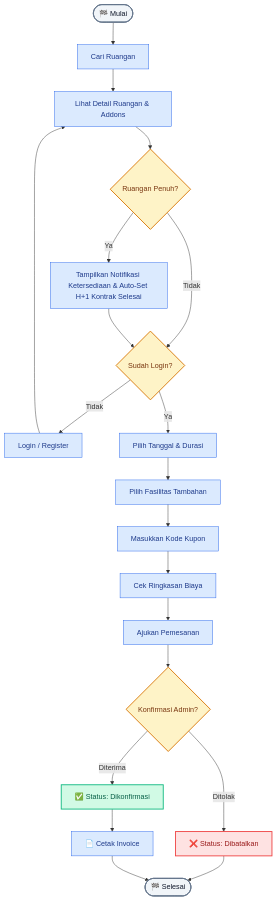
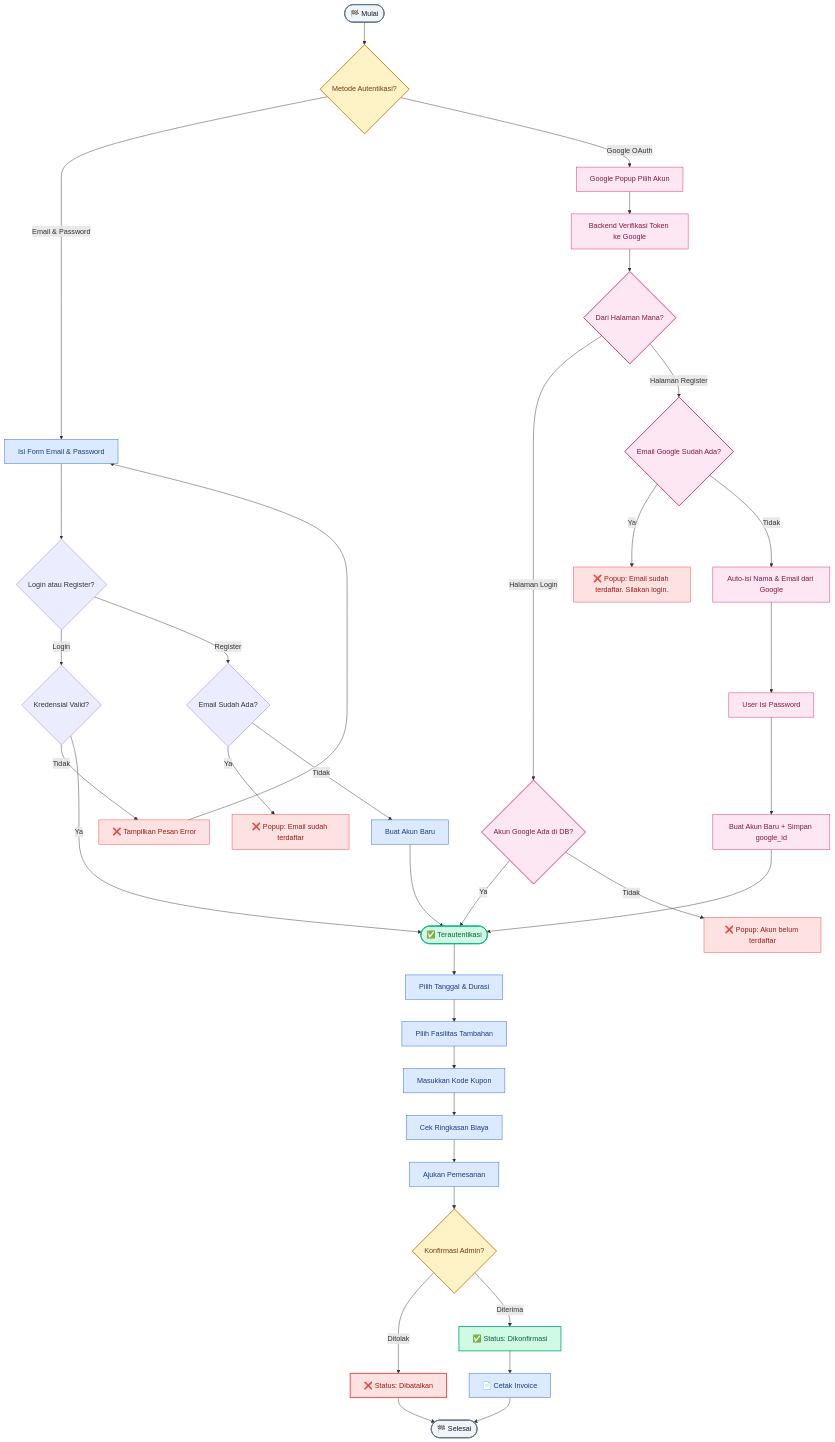
One commit to Fdlnahmd/w46space changed the second of 5 diagrams in docs/diagram_arsitektur.md. Above: the diagram before and after it, drawn with Mermaid. The commit also changed other lines of this file and 17 other files, not shown here.

Commit message:
feat: integrate Google OAuth for login and register with database migration and docker build args

````diff
--- a/docs/diagram_arsitektur.md
+++ b/docs/diagram_arsitektur.md
@@ -88,40 +95,68 @@
 ```mermaid
 graph TD
-    Start([🏁 Mulai]) --> Search[Cari Ruangan]
-    Search --> Detail[Lihat Detail Ruangan & Addons]
-    Detail --> CheckBooked{Ruangan Penuh?}
-    
-    CheckBooked -- Ya --> FutureAlert[Tampilkan Notifikasi Ketersediaan & Auto-Set H+1 Kontrak Selesai]
-    CheckBooked -- Tidak --> CheckLogin
-    FutureAlert --> CheckLogin
-    
-    CheckLogin{Sudah Login?} -- Tidak --> Login[Login / Register]
-    Login --> Detail
-    
-    CheckLogin -- Ya --> Select[Pilih Tanggal & Durasi]
+    Start([🏁 Mulai]) --> AuthChoice{Metode Autentikasi?}
+
+    AuthChoice -- Email & Password --> EmailForm[Isi Form Email & Password]
+    AuthChoice -- Google OAuth --> GooglePopup[Google Popup Pilih Akun]
+
+    EmailForm --> EmailLogin{Login atau Register?}
+    EmailLogin -- Login --> CheckCreds{Kredensial Valid?}
+    CheckCreds -- Tidak --> ErrLogin[❌ Tampilkan Pesan Error]
+    ErrLogin --> EmailForm
+    CheckCreds -- Ya --> Authenticated
+
+    EmailLogin -- Register --> CheckEmailExist{Email Sudah Ada?}
+    CheckEmailExist -- Ya --> ErrDuplicate[❌ Popup: Email sudah terdaftar]
+    CheckEmailExist -- Tidak --> CreateUser[Buat Akun Baru]
+    CreateUser --> Authenticated
+
+    GooglePopup --> GoogleVerify[Backend Verifikasi Token ke Google]
+    GoogleVerify --> GoogleFlow{Dari Halaman Mana?}
+
+    GoogleFlow -- Halaman Login --> CheckGoogleUser{Akun Google Ada di DB?}
+    CheckGoogleUser -- Ya --> Authenticated
+    CheckGoogleUser -- Tidak --> ErrNotFound[❌ Popup: Akun belum terdaftar]
+
+    GoogleFlow -- Halaman Register --> CheckGoogleExist{Email Google Sudah Ada?}
+    CheckGoogleExist -- Ya --> ErrAlreadyReg[❌ Popup: Email sudah terdaftar. Silakan login.]
+    CheckGoogleExist -- Tidak --> PreFillForm[Auto-isi Nama & Email dari Google]
+    PreFillForm --> InputPassword[User Isi Password]
+    InputPassword --> CreateUserGoogle[Buat Akun Baru + Simpan google_id]
+    CreateUserGoogle --> Authenticated
+
+    Authenticated([✅ Terautentikasi]) --> Select[Pilih Tanggal & Durasi]
     Select --> Addons[Pilih Fasilitas Tambahan]
     Addons --> Coupon[Masukkan Kode Kupon]
     Coupon --> Review[Cek Ringkasan Biaya]
-    
     Review --> Submit[Ajukan Pemesanan]
     Submit --> AdminConfirm{Konfirmasi Admin?}
-    
+
     AdminConfirm -- Ditolak --> Batal[❌ Status: Dibatalkan]
     AdminConfirm -- Diterima --> Confirm[✅ Status: Dikonfirmasi]
-    
+
     Confirm --> Invoice[📄 Cetak Invoice]
     Batal --> End([🏁 Selesai])
     Invoice --> End
-    
+
     %% Styling
     style Start fill:#f1f5f9,stroke:#64748b,stroke-width:2px,color:#0f172a
     style End fill:#f1f5f9,stroke:#64748b,stroke-width:2px,color:#0f172a
-    style CheckLogin fill:#fef3c7,stroke:#d97706,stroke-width:2px,color:#78350f
-    style CheckBooked fill:#fef3c7,stroke:#d97706,stroke-width:2px,color:#78350f
+    style Authenticated fill:#d1fae5,stroke:#10b981,stroke-width:2px,color:#065f46
+    style AuthChoice fill:#fef3c7,stroke:#d97706,stroke-width:2px,color:#78350f
     style AdminConfirm fill:#fef3c7,stroke:#d97706,stroke-width:2px,color:#78350f
+    style CheckGoogleUser fill:#fce7f3,stroke:#db2777,stroke-width:2px,color:#831843
+    style CheckGoogleExist fill:#fce7f3,stroke:#db2777,stroke-width:2px,color:#831843
+    style GoogleFlow fill:#fce7f3,stroke:#db2777,stroke-width:2px,color:#831843
     style Batal fill:#fee2e2,stroke:#ef4444,stroke-width:2px,color:#991b1b
+    style ErrLogin fill:#fee2e2,stroke:#ef4444,stroke-width:1px,color:#991b1b
+    style ErrDuplicate fill:#fee2e2,stroke:#ef4444,stroke-width:1px,color:#991b1b
+    style ErrNotFound fill:#fee2e2,stroke:#ef4444,stroke-width:1px,color:#991b1b
+    style ErrAlreadyReg fill:#fee2e2,stroke:#ef4444,stroke-width:1px,color:#991b1b
     style Confirm fill:#d1fae5,stroke:#10b981,stroke-width:2px,color:#065f46
-    
+
+    classDef googleStep fill:#fce7f3,stroke:#db2777,stroke-width:1px,color:#831843
+    class GooglePopup,GoogleVerify,PreFillForm,InputPassword,CreateUserGoogle,CheckGoogleUser,CheckGoogleExist googleStep
+
     classDef step fill:#dbeafe,stroke:#2563eb,stroke-width:1px,color:#1e3a8a
-    class Search,Detail,Login,Select,Addons,Coupon,Review,Submit,Invoice,FutureAlert step
+    class Select,Addons,Coupon,Review,Submit,Invoice,EmailForm,CreateUser step
 ```
````
